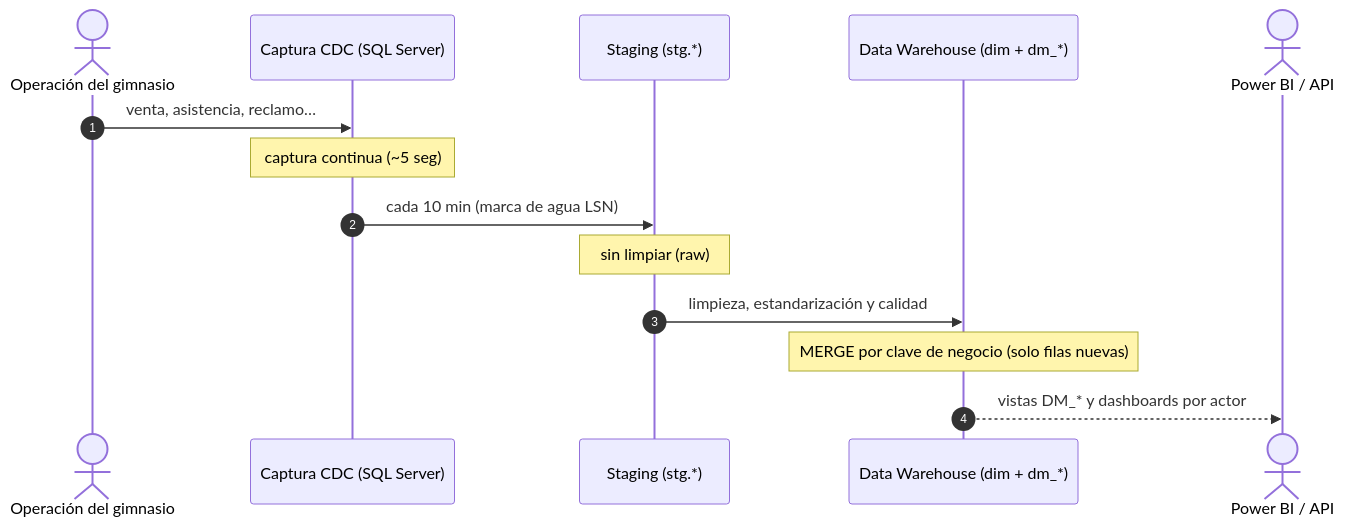
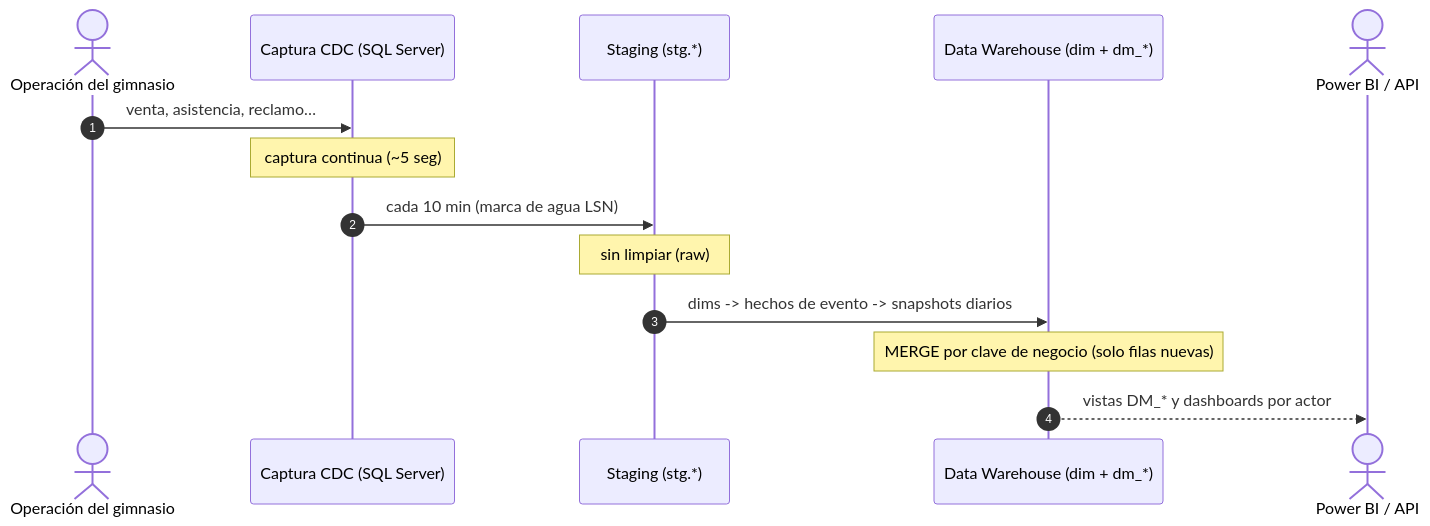
One commit to leroy-s2/vip-center-fit-bi changed the second of 2 diagrams in README.md. Above: the diagram before and after it, drawn with Mermaid. The commit also changed other lines of this file and 34 other files, not shown here.

````diff
--- a/README.md
+++ b/README.md
@@ -748,17 +299,17 @@
 ```mermaid
 sequenceDiagram
   autonumber
   actor Operacion as Operación del gimnasio
   participant CDC as Captura CDC (SQL Server)
   participant STG as Staging (stg.*)
   participant DW as Data Warehouse (dim + dm_*)
   actor Consumo as Power BI / API
 
   Operacion->>CDC: venta, asistencia, reclamo…
   Note over CDC: captura continua (~5 seg)
   CDC->>STG: cada 10 min (marca de agua LSN)
   Note over STG: sin limpiar (raw)
-  STG->>DW: limpieza, estandarización y calidad
+  STG->>DW: dims -> hechos de evento -> snapshots diarios
   Note over DW: MERGE por clave de negocio (solo filas nuevas)
   DW-->>Consumo: vistas DM_* y dashboards por actor
 ```
````
